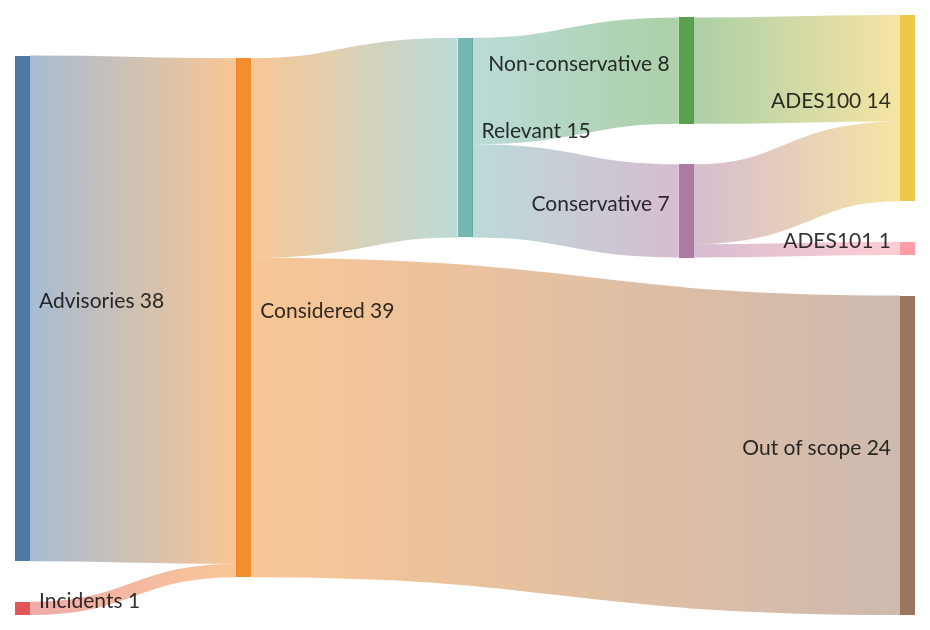
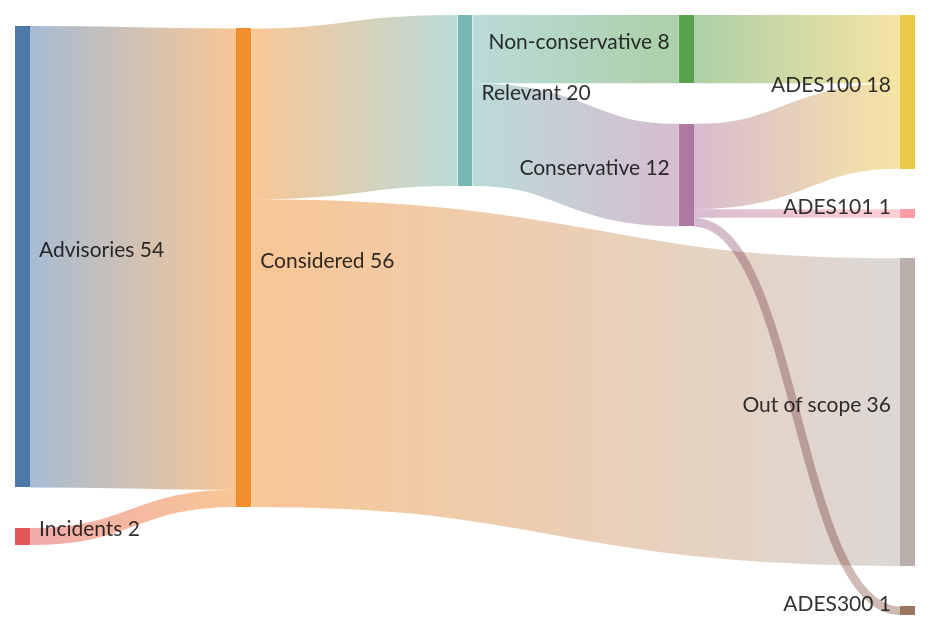
Before and after one commit to ericcornelissen/ades: the diagram in docs/EVALUATION.md, drawn with Mermaid. The commit also changed other lines of this file and 1 other file, not shown here.

````diff
--- a/docs/EVALUATION.md
+++ b/docs/EVALUATION.md
@@ -122,17 +156,18 @@
 ```mermaid
 sankey-beta
 
-Advisories,Considered,     38
-Incidents,Considered,      1
+Advisories,Considered,     54
+Incidents,Considered,      2
 
-Considered,Relevant,       15
+Considered,Relevant,       20
 
 Relevant,Non-conservative, 8
 Non-conservative,ADES100,  8
 
-Relevant,Conservative,     7
-Conservative,ADES100,      6
+Relevant,Conservative,     12
+Conservative,ADES100,      10
 Conservative,ADES101,      1
+Conservative,ADES300,      1
 
-Considered,Out of scope,   24
+Considered,Out of scope,   36
 ```
````
